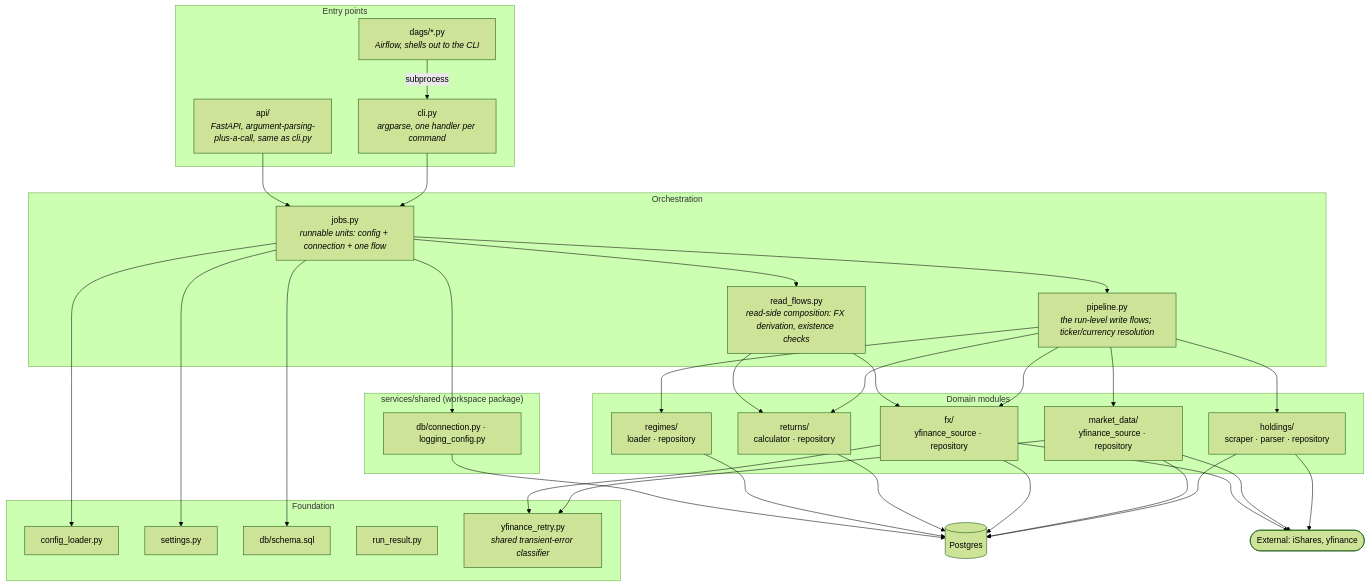
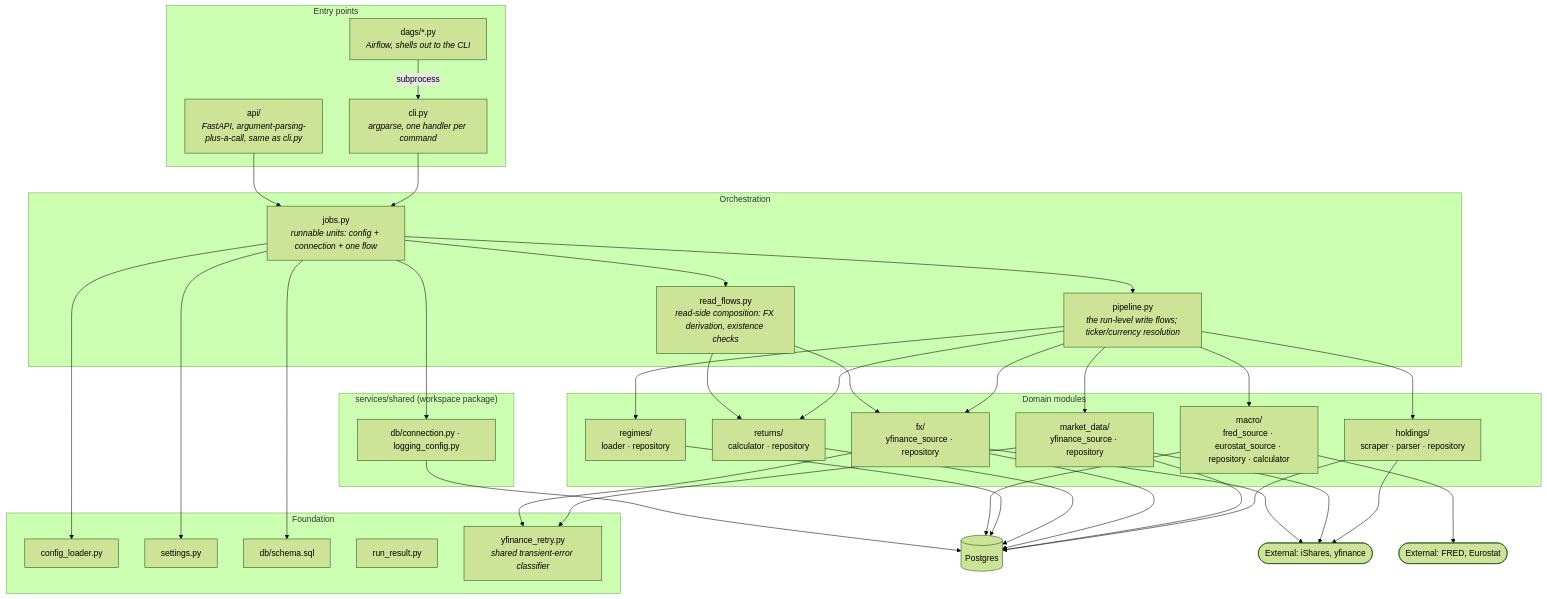
One commit to jpedropereira/Stakehold changed the first of 4 diagrams in services/data-store/docs/architecture.md. Above: the diagram before and after it, drawn with Mermaid (forest theme). The commit also changed other lines of this file and 35 other files, not shown here.

First line of the commit message:
Add macro indicator ingestion (FRED + Eurostat) to data-store

````diff
--- a/services/data-store/docs/architecture.md
+++ b/services/data-store/docs/architecture.md
@@ -37,65 +42,70 @@
 ```mermaid
 flowchart TD
     subgraph entry["Entry points"]
         CLI["cli.py<br/><i>argparse, one handler per command</i>"]
         DAGS["dags/*.py<br/><i>Airflow, shells out to the CLI</i>"]
         API["api/<br/><i>FastAPI, argument-parsing-plus-a-call, same as cli.py</i>"]
     end
 
     subgraph orch["Orchestration"]
         JOBS["jobs.py<br/><i>runnable units: config + connection + one flow</i>"]
         PIPE["pipeline.py<br/><i>the run-level write flows; ticker/currency resolution</i>"]
         READ["read_flows.py<br/><i>read-side composition: FX derivation, existence checks</i>"]
     end
 
     subgraph domain["Domain modules"]
         HOLD["holdings/<br/>scraper · parser · repository"]
         MKT["market_data/<br/>yfinance_source · repository"]
         FX["fx/<br/>yfinance_source · repository"]
         RET["returns/<br/>calculator · repository"]
         REG["regimes/<br/>loader · repository"]
+        MACRO["macro/<br/>fred_source · eurostat_source · repository · calculator"]
     end
 
     subgraph found["Foundation"]
         CONF["config_loader.py"]
         SET["settings.py"]
         SCHEMA["db/schema.sql"]
         RESULT["run_result.py"]
         RETRY["yfinance_retry.py<br/><i>shared transient-error classifier</i>"]
     end
 
     subgraph ext_pkg["services/shared (workspace package)"]
         DB["db/connection.py · logging_config.py"]
     end
 
     PG[("Postgres")]
     EXT(["External: iShares, yfinance"])
+    EXT2(["External: FRED, Eurostat"])
 
     DAGS -->|subprocess| CLI
     CLI --> JOBS
     API --> JOBS
     JOBS --> PIPE
     JOBS --> READ
     JOBS --> CONF
     JOBS --> SET
     JOBS --> DB
     JOBS --> SCHEMA
     PIPE --> HOLD
     PIPE --> MKT
     PIPE --> FX
     PIPE --> RET
     PIPE --> REG
+    PIPE --> MACRO
     READ --> FX
     READ --> RET
     HOLD --> EXT
     MKT --> EXT
     FX --> EXT
+    MACRO --> EXT2
     MKT --> RETRY
     FX --> RETRY
     HOLD --> PG
     MKT --> PG
     FX --> PG
     RET --> PG
     REG --> PG
+    MACRO --> PG
     DB --> PG
 ```
````
